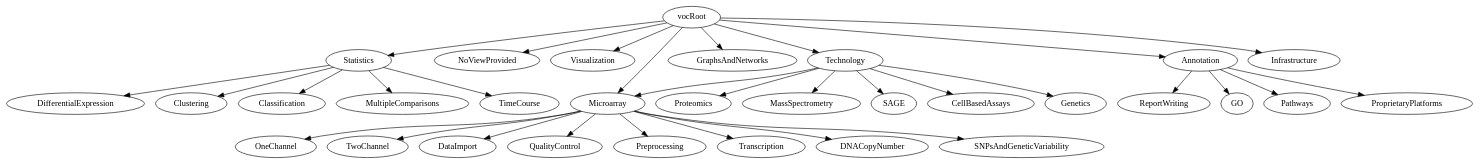
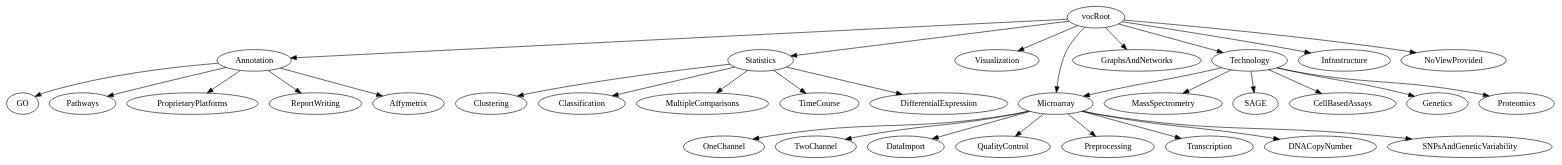
The diagram in inst/dot/oct05.dot (Bioconductor/biocViews), drawn with Graphviz before and after one commit.

Commit message:
Clean up dot source for the vocabulary. Add comments.

```diff
--- a/inst/dot/oct05.dot
+++ b/inst/dot/oct05.dot
@@ -1,42 +1,46 @@
+/* Bioc Views Vocabular Definition in dot format */
+
 digraph G {
-vocRoot;
-Microarray;
-NoViewProvided;
-Visualization;
-Statistics;
-GraphsAndNetworks;
-Technology;
-Annotation;
-Infrastructure;
+
+/* Root */
 vocRoot -> Microarray;
-vocRoot -> NoViewProvided;
+vocRoot -> Annotation;
 vocRoot -> Visualization;
 vocRoot -> Statistics;
 vocRoot -> GraphsAndNetworks;
 vocRoot -> Technology;
-vocRoot -> Annotation;
 vocRoot -> Infrastructure;
+vocRoot -> NoViewProvided;
+
+/* Microarray subview */
 Microarray -> OneChannel;
 Microarray -> TwoChannel;
 Microarray -> DataImport;
 Microarray -> QualityControl;
 Microarray -> Preprocessing;
 Microarray -> Transcription;
 Microarray -> DNACopyNumber;
 Microarray -> SNPsAndGeneticVariability;
+
+/* Statistics subview */
 Statistics -> DifferentialExpression;
 Statistics -> Clustering;
 Statistics -> Classification;
 Statistics -> MultipleComparisons;
 Statistics -> TimeCourse;
+
+/* Technology subview */
 Technology -> Microarray;
 Technology -> Proteomics;
 Technology -> MassSpectrometry;
 Technology -> SAGE;
 Technology -> CellBasedAssays;
 Technology -> Genetics;
+
+/* Annotation subview */
 Annotation -> GO;
 Annotation -> Pathways;
 Annotation -> ProprietaryPlatforms;
 Annotation -> ReportWriting;
+Annotation -> Affymetrix;
 }
```
